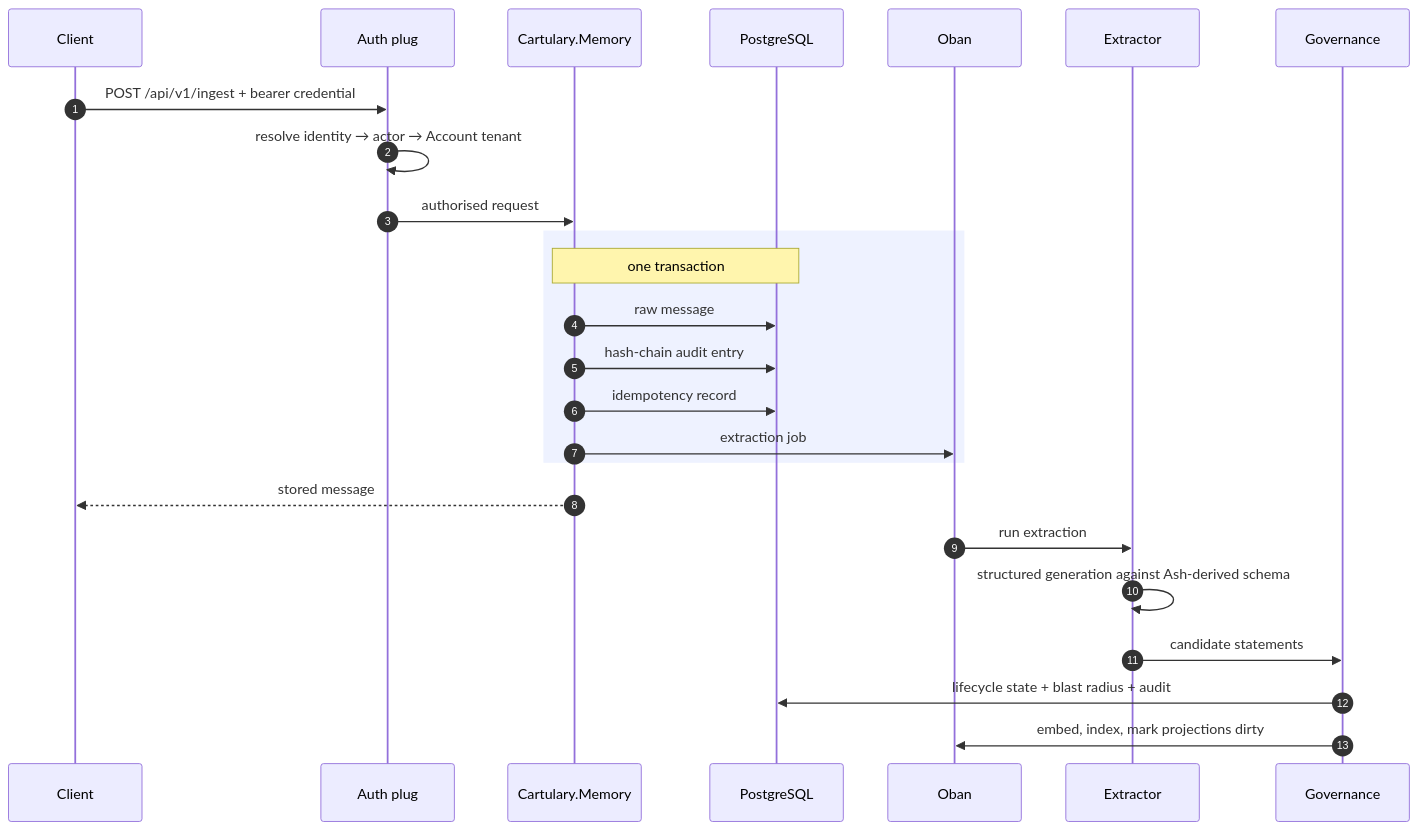
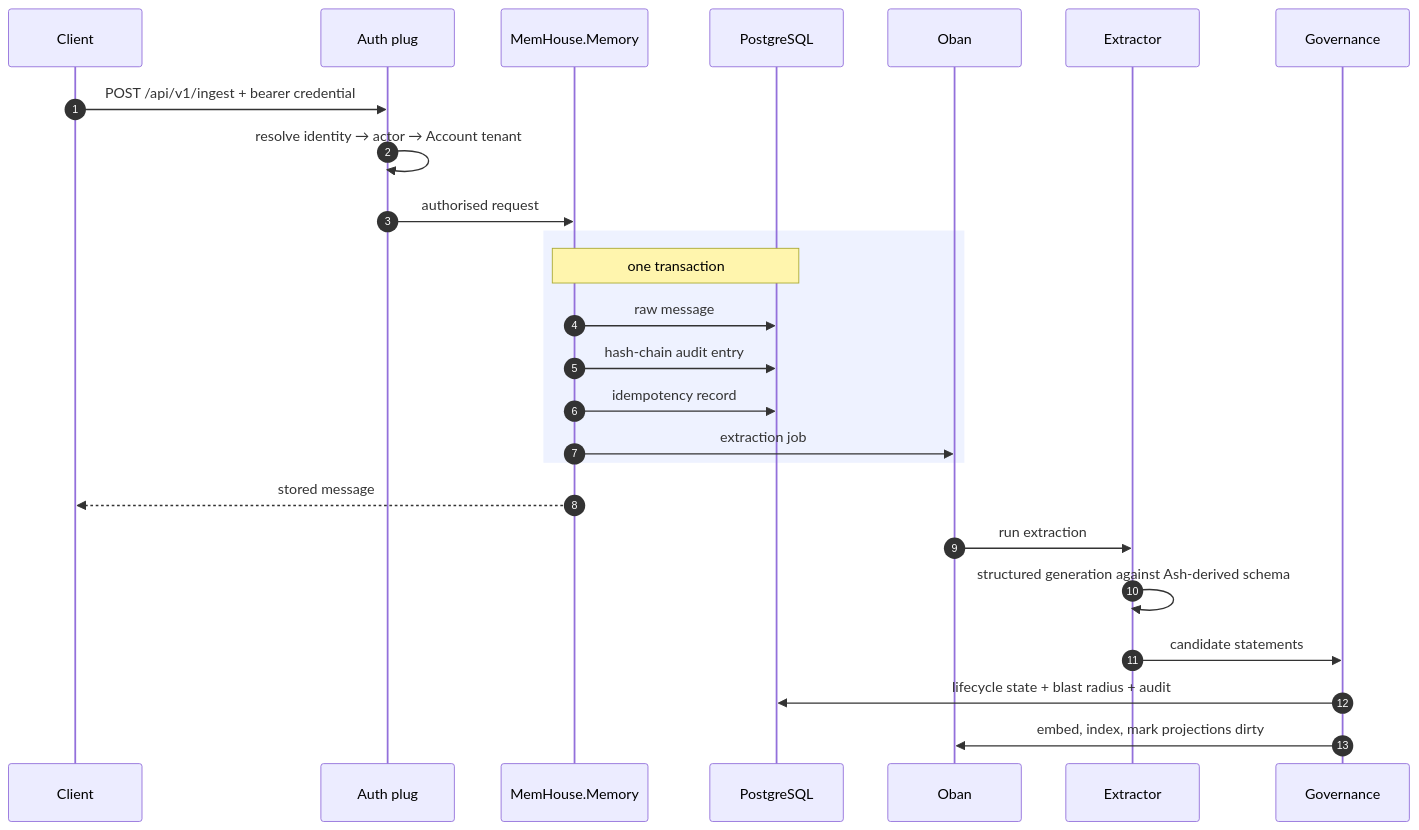
One commit to cartularyhq/cartulary changed the second of 2 diagrams in docs/concepts/index.md. Above: the diagram before and after it, drawn with Mermaid. The commit also changed other lines of this file and 410 other files, not shown here.

Commit message:
rename to MemHouse

````diff
--- a/docs/concepts/index.md
+++ b/docs/concepts/index.md
@@ -75,28 +75,28 @@
 ```mermaid
 sequenceDiagram
     autonumber
     participant C as Client
     participant P as Auth plug
-    participant M as Cartulary.Memory
+    participant M as MemHouse.Memory
     participant DB as PostgreSQL
     participant O as Oban
     participant X as Extractor
     participant G as Governance
 
     C->>P: POST /api/v1/ingest + bearer credential
     P->>P: resolve identity → actor → Account tenant
     P->>M: authorised request
     rect rgb(238,242,255)
         note over M,DB: one transaction
         M->>DB: raw message
         M->>DB: hash-chain audit entry
         M->>DB: idempotency record
         M->>O: extraction job
     end
     M-->>C: stored message
     O->>X: run extraction
     X->>X: structured generation against Ash-derived schema
     X->>G: candidate statements
     G->>DB: lifecycle state + blast radius + audit
     G->>O: embed, index, mark projections dirty
 ```
````
